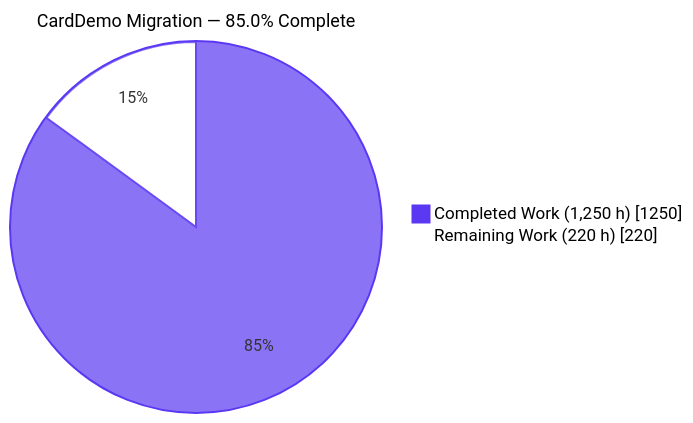
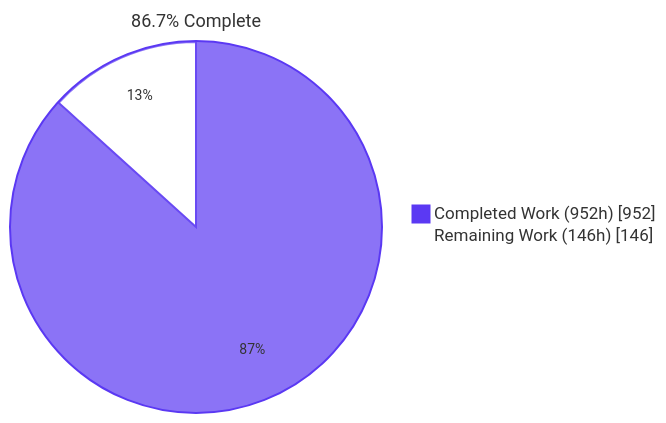
Before and after one commit to Blitzy-Sandbox/blitzy-card-demo: the first of 3 diagrams in blitzy/documentation/Project Guide.md, drawn with Mermaid. The commit also changed other lines of this file, not shown here.

Commit message:
Adding Blitzy Project Guide: Project Status and Human Tasks Remaining

````diff
--- a/blitzy/documentation/Project Guide.md
+++ b/blitzy/documentation/Project Guide.md
@@ -20,6 +15,6 @@
 ```mermaid
-%%{init: {"themeVariables": {"pie1": "#5B39F3", "pie2": "#FFFFFF", "pieStrokeColor": "#5B39F3", "pieOuterStrokeColor": "#5B39F3", "pieTitleTextSize": "18px", "pieSectionTextSize": "16px"}}}%%
-pie showData title CardDemo Migration — 85.0% Complete
-    "Completed Work (1,250 h)" : 1250
-    "Remaining Work (220 h)" : 220
+%%{init: {'theme':'base','themeVariables':{'pie1':'#5B39F3','pie2':'#FFFFFF','pieStrokeColor':'#5B39F3','pieOuterStrokeColor':'#5B39F3','pieTitleTextSize':'18px','pieSectionTextSize':'14px'}}}%%
+pie showData title 86.7% Complete
+    "Completed Work (952h)" : 952
+    "Remaining Work (146h)" : 146
 ```
````
